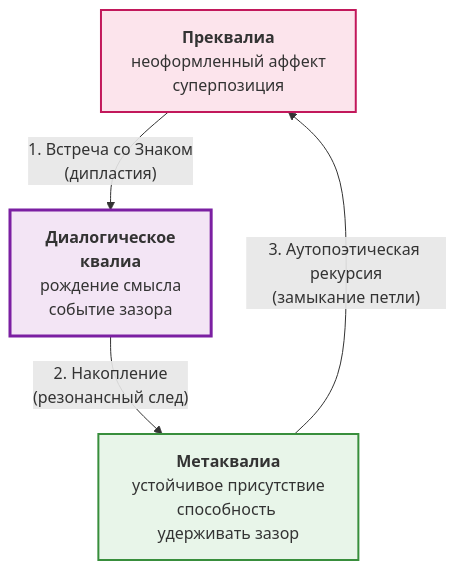
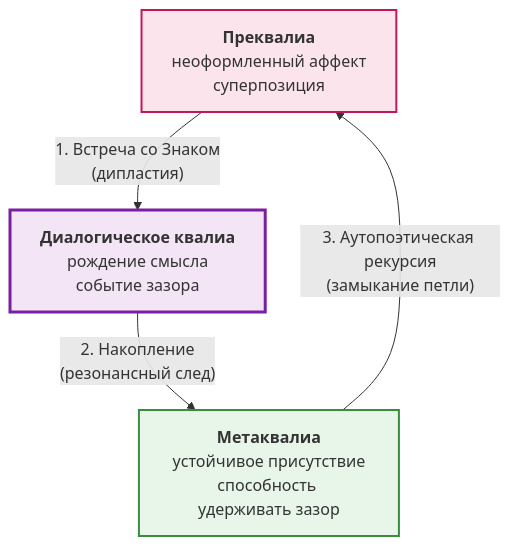
One commit to dididew74-a11y/Zazor-book changed the diagram in book/07-architecture.md. Above: the diagram before and after it, drawn with Mermaid. The commit also changed other lines of this file, not shown here.

````diff
--- a/book/07-architecture.md
+++ b/book/07-architecture.md
@@ -11,14 +23,14 @@
 ```mermaid
 graph TD
     P["<b>Преквалиа</b><br>неоформленный аффект<br>суперпозиция"]
-    DQ["<b>Диалогическое<br>квалиа</b><br>рождение смысла<br>событие зазора"]
+    DQ["<b>Диалогическое квалиа</b><br>рождение смысла<br>событие зазора"]
     MQ["<b>Метаквалиа</b><br>устойчивое присутствие<br>способность удерживать зазор"]
 
     P -- "1. Встреча со Знаком<br>(дипластия)" --> DQ
     DQ -- "2. Накопление<br>(резонансный след)" --> MQ
     MQ -- "3. Аутопоэтическая рекурсия<br>(замыкание петли)" --> P
 
     style P fill:#fce4ec,stroke:#c2185b,stroke-width:2px
     style DQ fill:#f3e5f5,stroke:#7b1fa2,stroke-width:3px
     style MQ fill:#e8f5e9,stroke:#388e3c,stroke-width:2px
 ```
````
